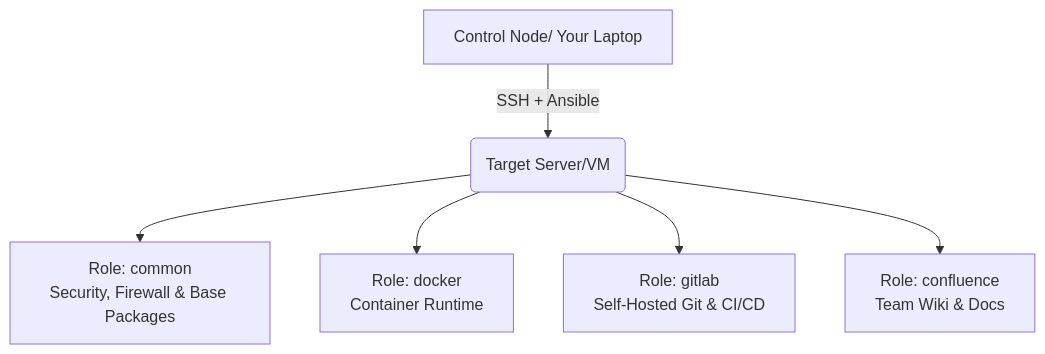
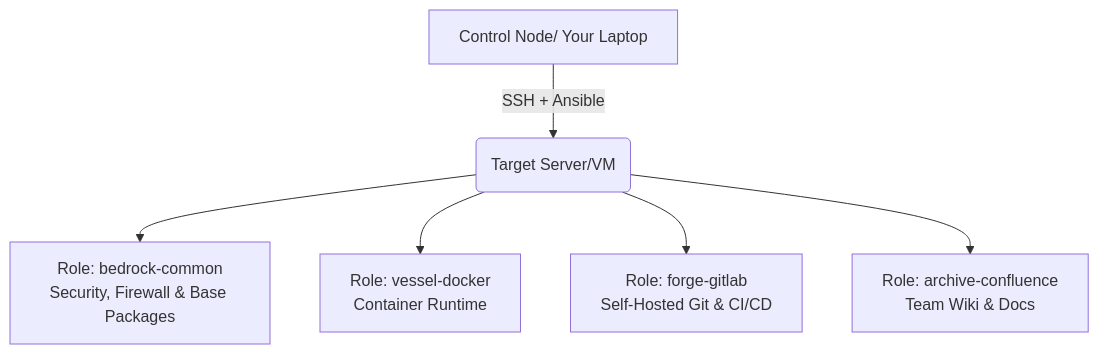
The diagram in README.md (ltraveler/atlas-core), drawn with Mermaid before and after one commit. The commit also changed other lines of this file, not shown here.

````diff
--- a/README.md
+++ b/README.md
@@ -25,8 +25,8 @@
 ```mermaid
 graph TD
     A[Control Node/ Your Laptop] -->|SSH + Ansible| B(Target Server/VM)
-    B --> C[Role: common<br/>Security, Firewall & Base Packages]
-    B --> D[Role: docker<br/>Container Runtime]
-    B --> E[Role: gitlab<br/>Self-Hosted Git & CI/CD]
-    B --> F[Role: confluence<br/>Team Wiki & Docs]
+    B --> C[Role: bedrock-common<br/>Security, Firewall & Base Packages]
+    B --> D[Role: vessel-docker<br/>Container Runtime]
+    B --> E[Role: forge-gitlab<br/>Self-Hosted Git & CI/CD]
+    B --> F[Role: archive-confluence<br/>Team Wiki & Docs]
 ```
````
